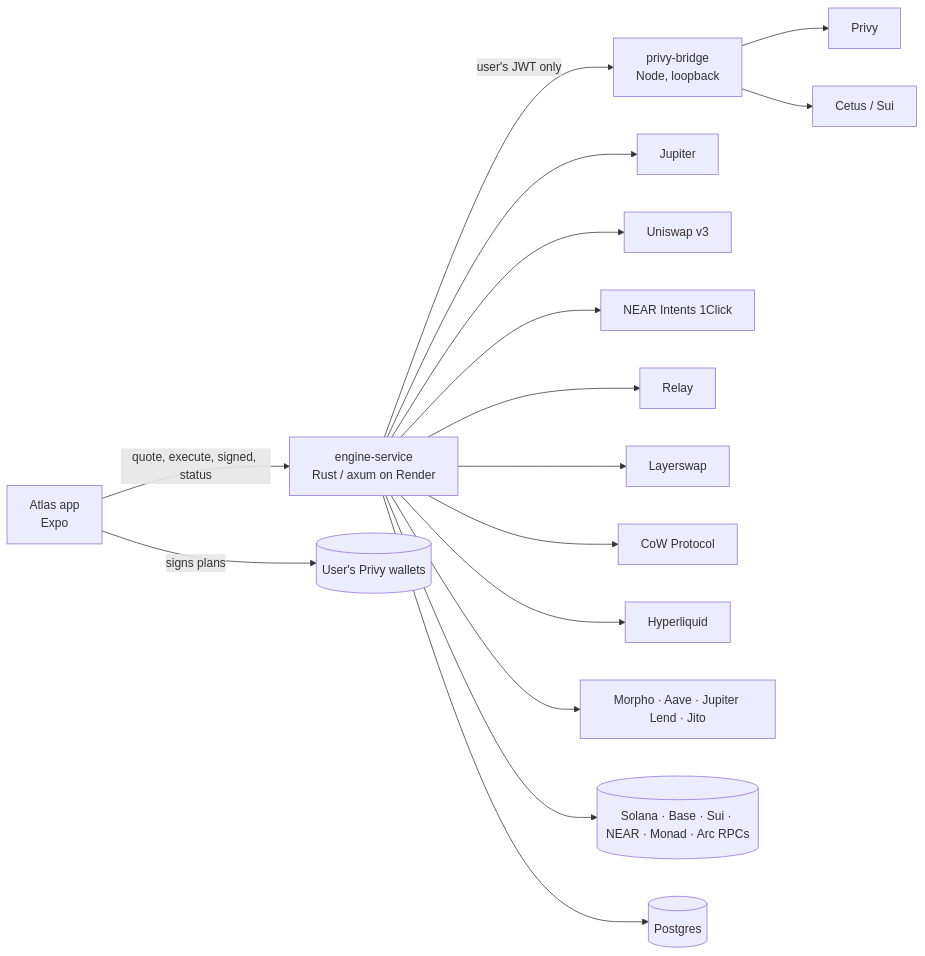
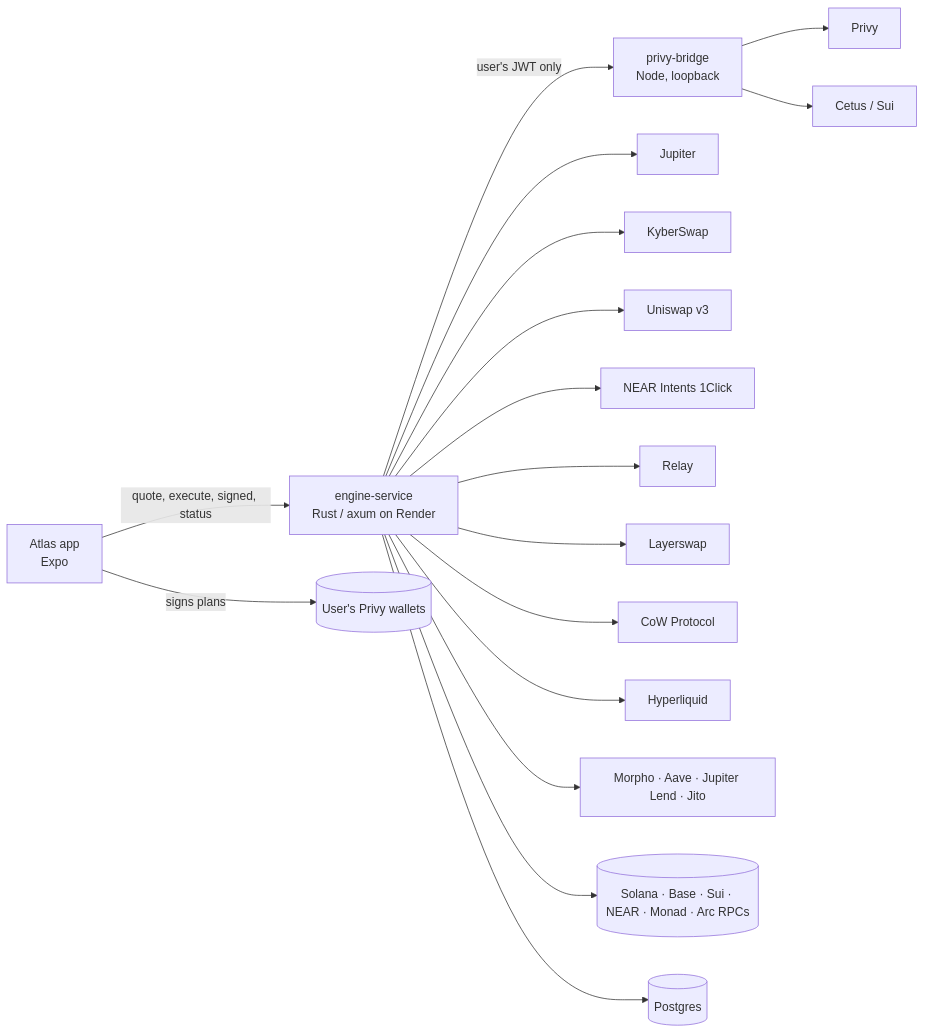
Before and after one commit to Iwetan77/Atlas-Engine: the diagram in README.md, drawn with Mermaid. The commit also changed other lines of this file and 9 other files, not shown here.

````diff
--- a/README.md
+++ b/README.md
@@ -106,13 +107,13 @@
 ```mermaid
 flowchart LR
   APP[Atlas app<br/>Expo] -->|quote, execute, signed, status| API[engine-service<br/>Rust / axum on Render]
   APP -->|signs plans| PRIVYW[(User's Privy wallets)]
   API -->|user's JWT only| BRIDGE[privy-bridge<br/>Node, loopback]
   BRIDGE --> PRIVY[Privy]
-  API --> JUP[Jupiter] & UNI[Uniswap v3] & ONECLICK[NEAR Intents 1Click]
+  API --> JUP[Jupiter] & KYBER[KyberSwap] & UNI[Uniswap v3] & ONECLICK[NEAR Intents 1Click]
   API --> RELAY[Relay] & LS[Layerswap] & COW[CoW Protocol]
   API --> HL[Hyperliquid] & EARN[Morpho · Aave · Jupiter Lend · Jito]
   BRIDGE --> CETUS[Cetus / Sui]
   API --> RPC[(Solana · Base · Sui · NEAR · Monad · Arc RPCs)]
   API --> PG[(Postgres)]
 ```
````
